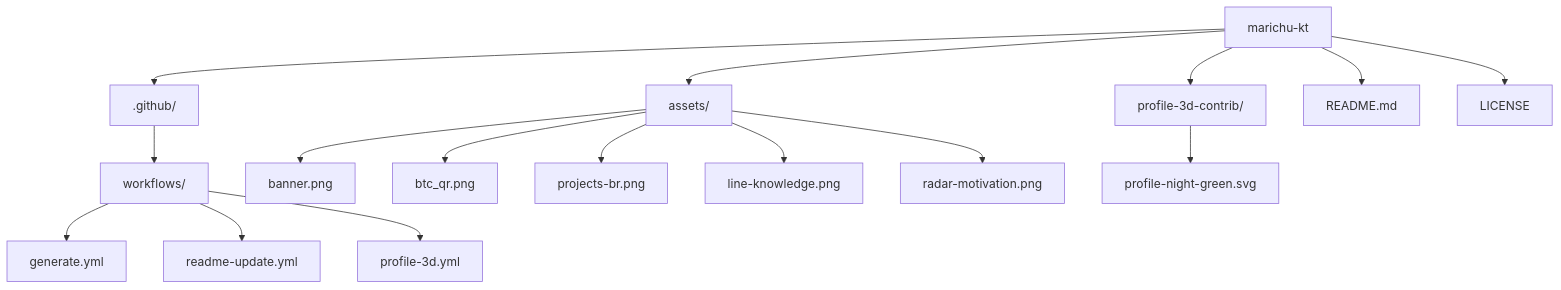
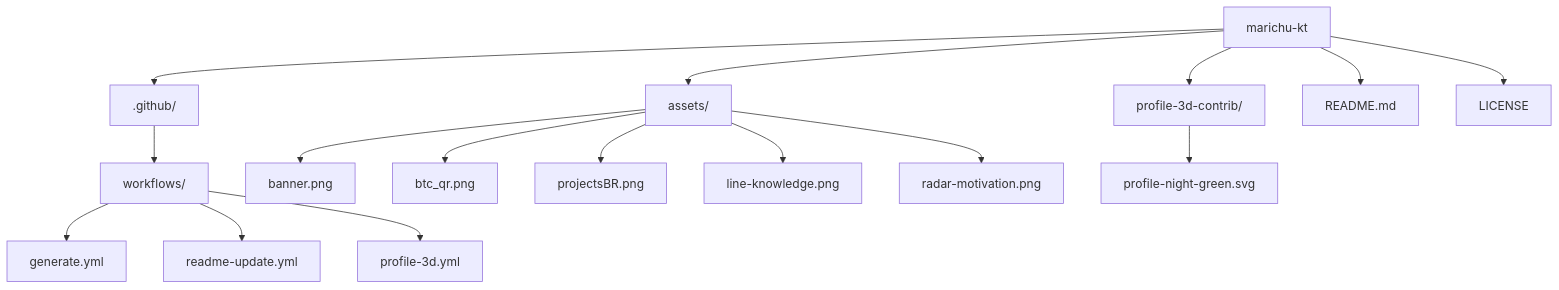
Before and after one commit to marichu-kt/marichu-kt: the diagram in README.md, drawn with Mermaid. The commit also changed other lines of this file, not shown here.

Commit message:
Fix image filename in README.md

````diff
--- a/README.md
+++ b/README.md
@@ -184,21 +184,21 @@
 ```mermaid
 graph TD
   A[marichu-kt] --> B[.github/]
   B --> C[workflows/]
   C --> D[generate.yml]
   C --> K[readme-update.yml]
   C --> L[profile-3d.yml]
 
   A --> E[assets/]
   E --> F[banner.png]
   E --> I[btc_qr.png]
-  E --> J[projects-br.png]
+  E --> J[projectsBR.png]
   E --> N[line-knowledge.png]
   E --> O[radar-motivation.png]
 
   A --> M[profile-3d-contrib/]
   M --> M1[profile-night-green.svg]
 
   A --> G[README.md]
   A --> H[LICENSE]
 ```
````
